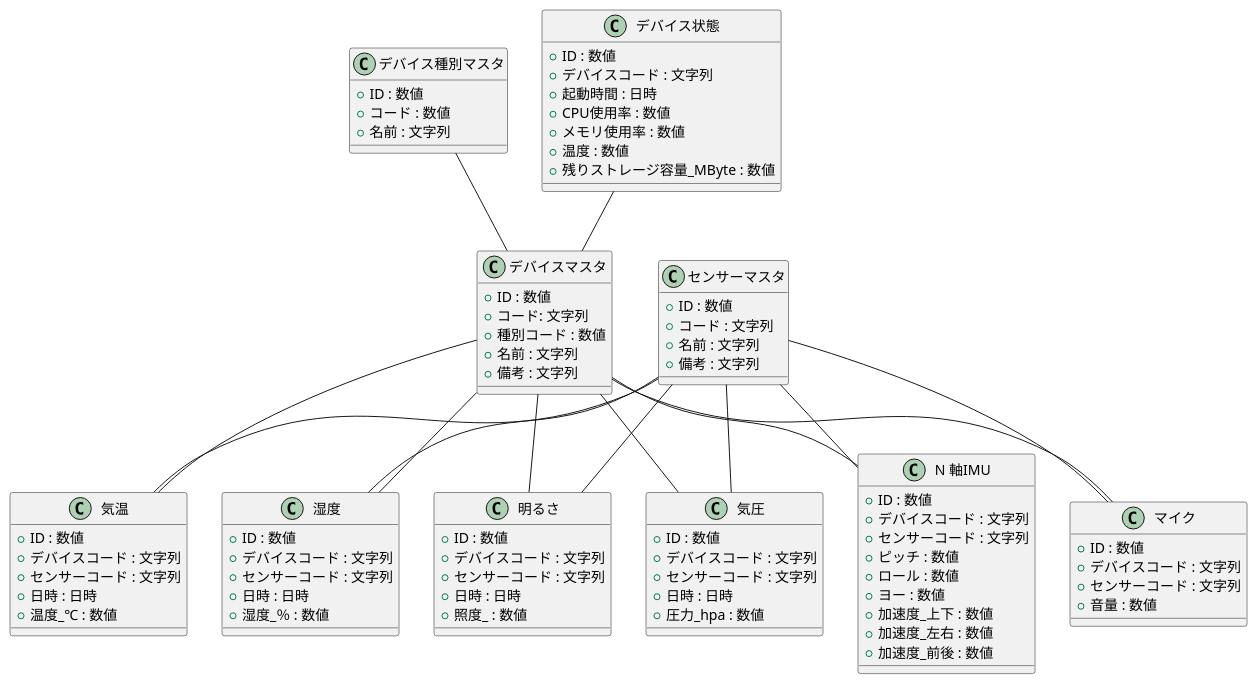
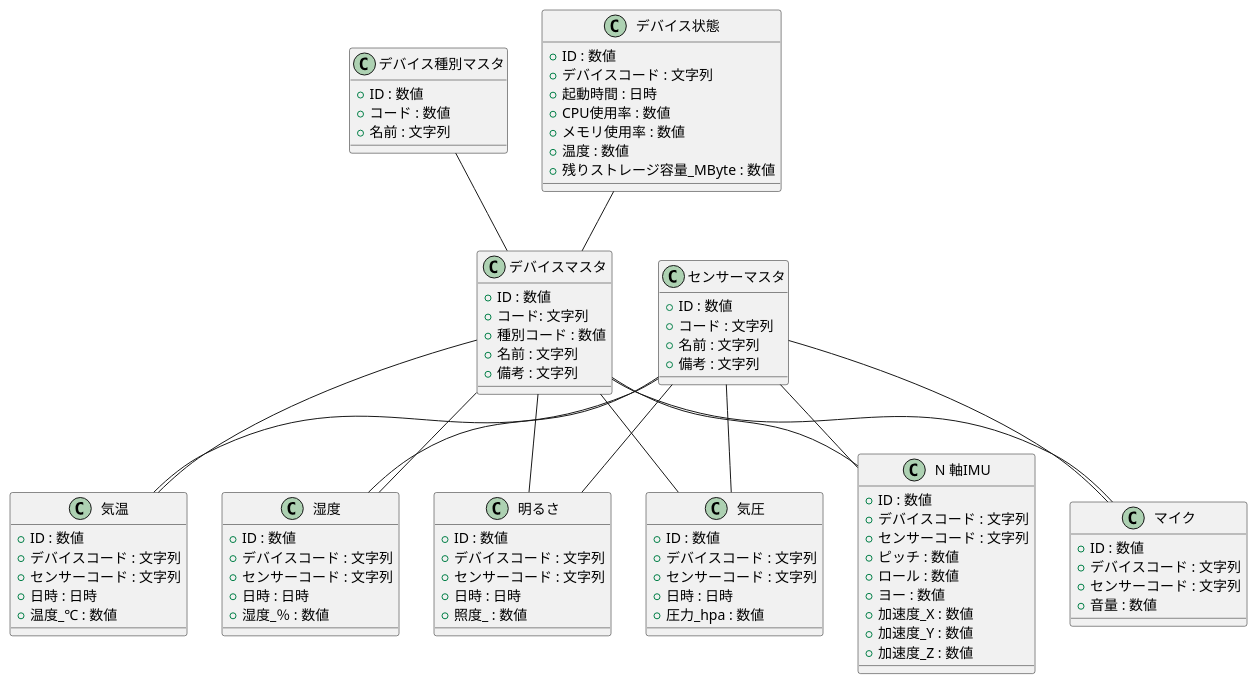
Before and after one commit to MasayukiFukada/LogRack: the diagram in docs/models.md, drawn with PlantUML. The commit also changed 21 other files, not shown here.

````diff
--- a/docs/models.md
+++ b/docs/models.md
@@ -5,6 +5,6 @@
 ```plantuml
 @startuml
-class "デバイス種別マスタ" as device_master {
+class "デバイス種別マスタ" as device_type {
     +ID : 数値
     +コード : 数値
     +名前 : 文字列
@@ -45,30 +45,30 @@
     +日時 : 日時
     +湿度_％ : 数値
 }
-class "明るさ" as light {
+class "明るさ" as illuminance {
     +ID : 数値
     +デバイスコード : 文字列
     +センサーコード : 文字列
     +日時 : 日時
     +照度_ : 数値
 }
-class "気圧" as hpa {
+class "気圧" as atmospheric_pressure {
     +ID : 数値
     +デバイスコード : 文字列
     +センサーコード : 文字列
     +日時 : 日時
     +圧力_hpa : 数値
 }
-class "N 軸IMU" as imu {
+class "N 軸IMU" as inertial_measurement_unit {
     +ID : 数値
     +デバイスコード : 文字列
     +センサーコード : 文字列
     +ピッチ : 数値
     +ロール : 数値
     +ヨー : 数値
-    +加速度_上下 : 数値
-    +加速度_左右 : 数値
-    +加速度_前後 : 数値
+    +加速度_X : 数値
+    +加速度_Y : 数値
+    +加速度_Z : 数値
 }
 class "マイク" as mic {
     +ID : 数値
@@ -77,19 +77,19 @@
     +音量 : 数値
 }
 
-device_master -- device
+device_type -- device
 device_state -- device
 device -- temperature
 device -- mic
 device -- humidity
-device -- imu
-device -- hpa
-device -- light
+device -- inertial_measurement_unit
+device -- atmospheric_pressure
+device -- illuminance
 sensor -- temperature
 sensor -- mic
 sensor -- humidity
-sensor -- imu
-sensor -- hpa
-sensor -- light
+sensor -- inertial_measurement_unit
+sensor -- atmospheric_pressure
+sensor -- illuminance
 @enduml
 ```
````
